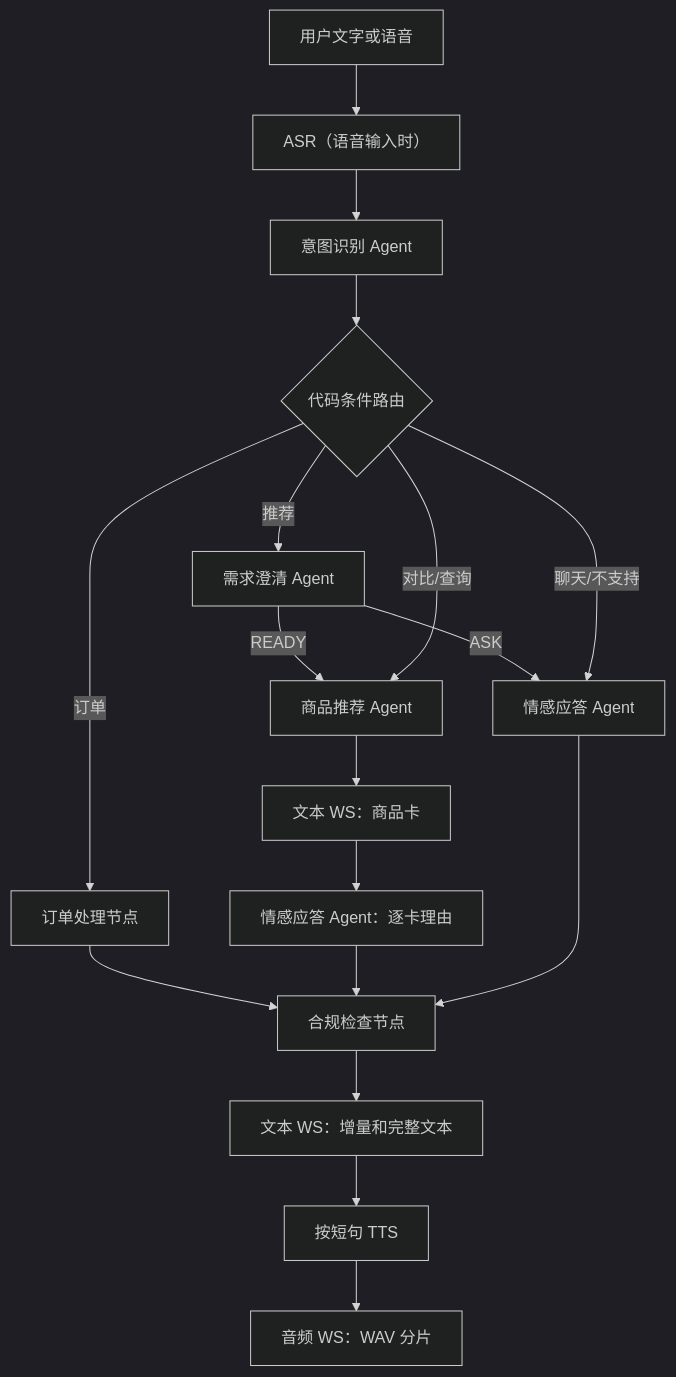
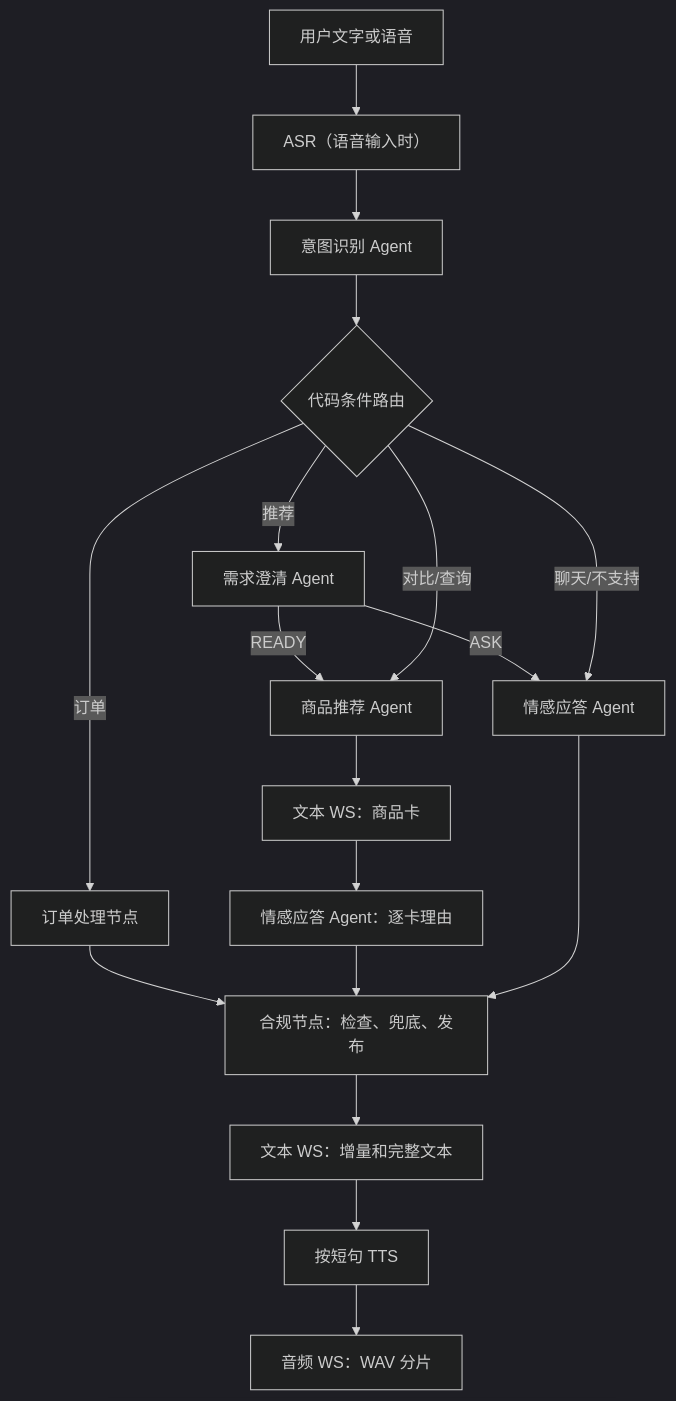
One commit to ivaris03/voice-shopping-agents changed the diagram in docs/requirements.md. Above: the diagram before and after it, drawn with Mermaid (dark theme). The commit also changed other lines of this file and 9 other files, not shown here.

````diff
--- a/docs/requirements.md
+++ b/docs/requirements.md
@@ -105,20 +105,20 @@
 ```mermaid
 flowchart TD
     A["用户文字或语音"] --> B["ASR（语音输入时）"]
     B --> C["意图识别 Agent"]
     C --> D{"代码条件路由"}
     D -->|推荐| E["需求澄清 Agent"]
     E -->|ASK| H["情感应答 Agent"]
     E -->|READY| F["商品推荐 Agent"]
     D -->|对比/查询| F
     D -->|订单| G["订单处理节点"]
     D -->|聊天/不支持| H
     F --> I["文本 WS：商品卡"]
     I --> J["情感应答 Agent：逐卡理由"]
-    G --> K["合规检查节点"]
+    G --> K["合规节点：检查、兜底、发布"]
     J --> K
     H --> K
     K --> L["文本 WS：增量和完整文本"]
     L --> M["按短句 TTS"]
     M --> N["音频 WS：WAV 分片"]
 ```
````
